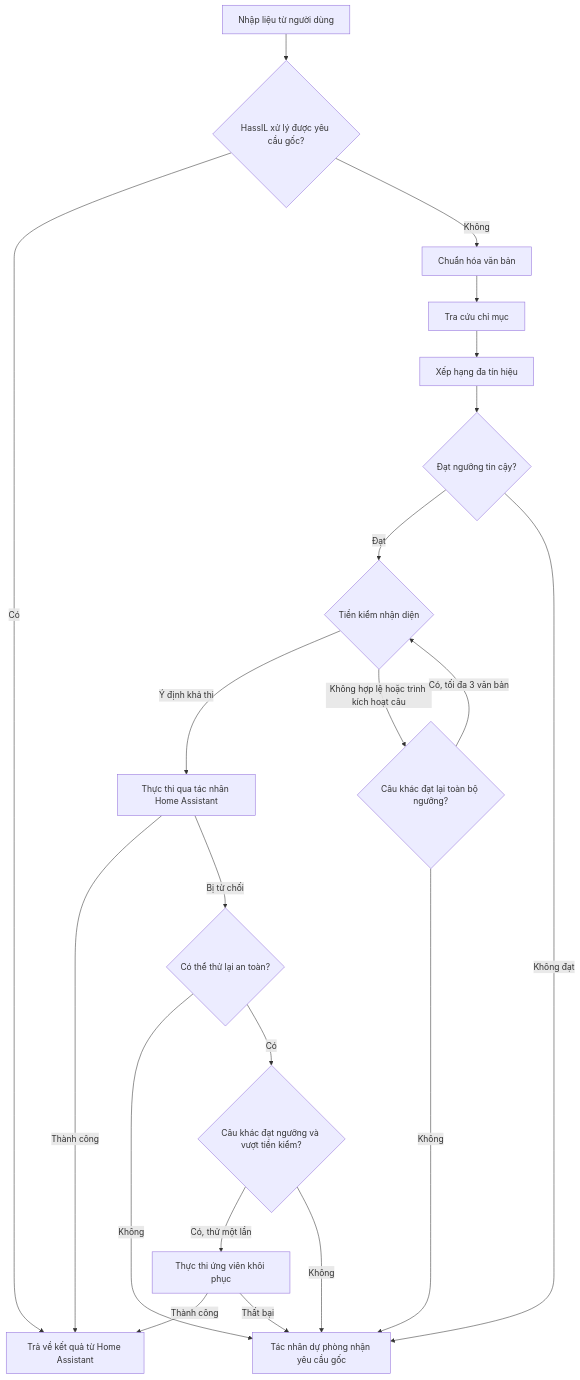
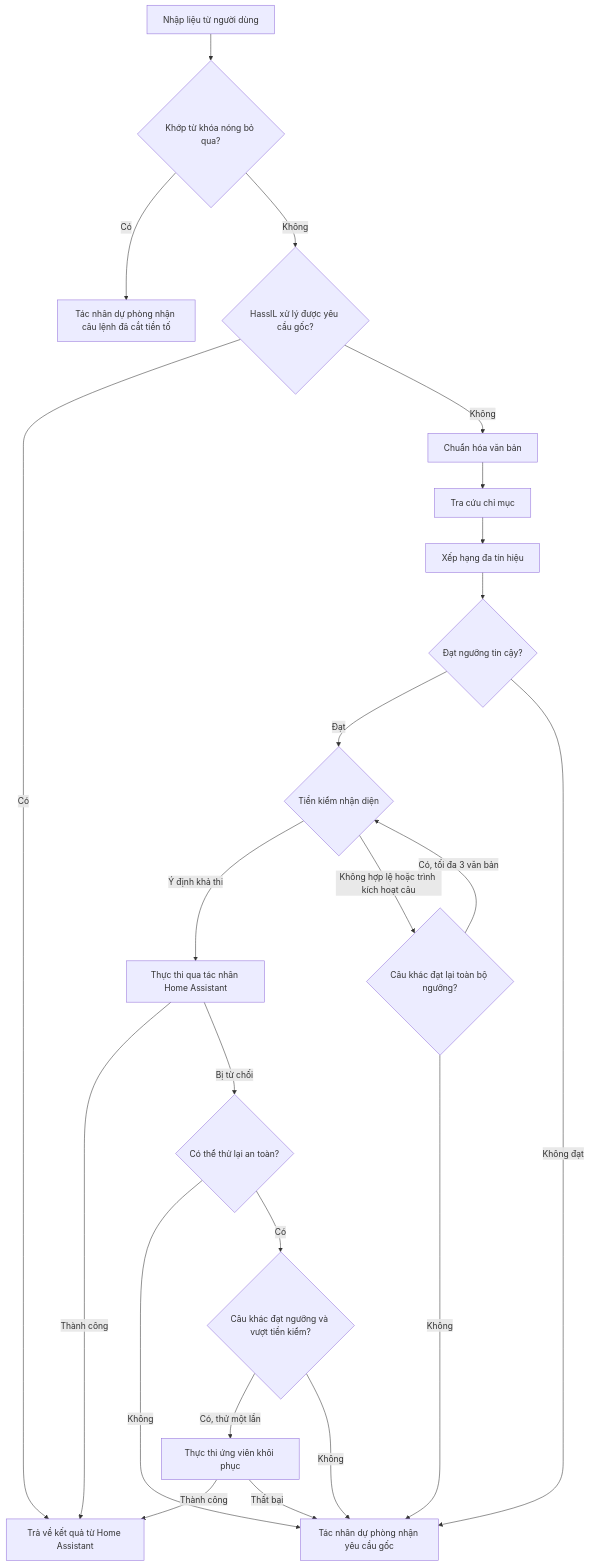
The diagram in README.vi.md (luuquangvu/assist-canonicalizer), drawn with Mermaid before and after one commit. The commit also changed other lines of this file and 5 other files, not shown here.

````diff
--- a/README.vi.md
+++ b/README.vi.md
@@ -108,23 +113,25 @@
 ```mermaid
 flowchart TD
-    A[Nhập liệu từ người dùng] --> L{HassIL xử lý được yêu cầu gốc?}
+    A[Nhập liệu từ người dùng] --> HW{Khớp từ khóa nóng bỏ qua?}
+    HW -->|Có| HW_G[Tác nhân dự phòng nhận câu lệnh đã cắt tiền tố]
+    HW -->|Không| L{HassIL xử lý được yêu cầu gốc?}
     L -->|Có| H[Trả về kết quả từ Home Assistant]
     L -->|Không| B[Chuẩn hóa văn bản]
     B --> C[Tra cứu chỉ mục]
     C --> D[Xếp hạng đa tín hiệu]
     D --> E{Đạt ngưỡng tin cậy?}
     E -->|Đạt| P{Tiền kiểm nhận diện}
     E -->|Không đạt| G[Tác nhân dự phòng nhận yêu cầu gốc]
     P -->|Ý định khả thi| F[Thực thi qua tác nhân Home Assistant]
     P -->|Không hợp lệ hoặc trình kích hoạt câu| J{Câu khác đạt lại toàn bộ ngưỡng?}
     J -->|Có, tối đa 3 văn bản| P
     J -->|Không| G
     F -->|Thành công| H[Trả về kết quả từ Home Assistant]
     F -->|Bị từ chối| R{Có thể thử lại an toàn?}
     R -->|Không| G
     R -->|Có| Q{Câu khác đạt ngưỡng và vượt tiền kiểm?}
     Q -->|Có, thử một lần| K[Thực thi ứng viên khôi phục]
     Q -->|Không| G
     K -->|Thành công| H
     K -->|Thất bại| G
 ```
````
